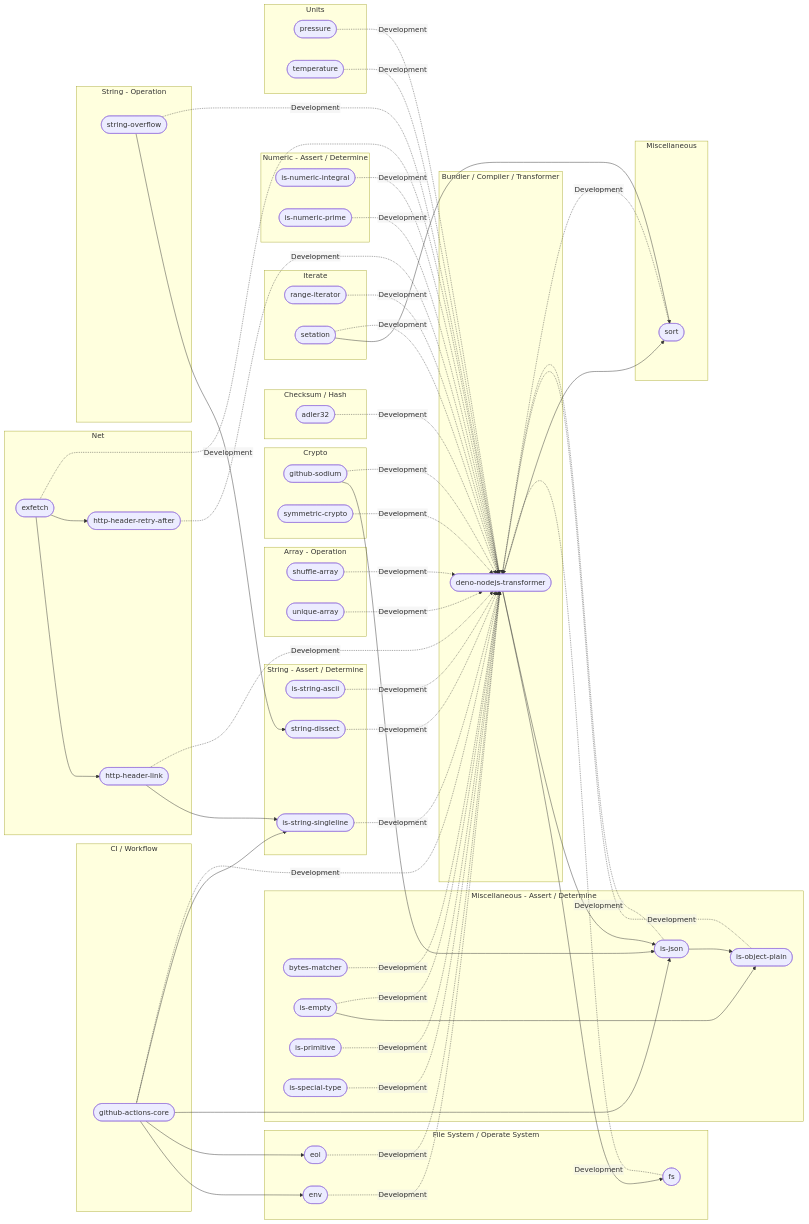
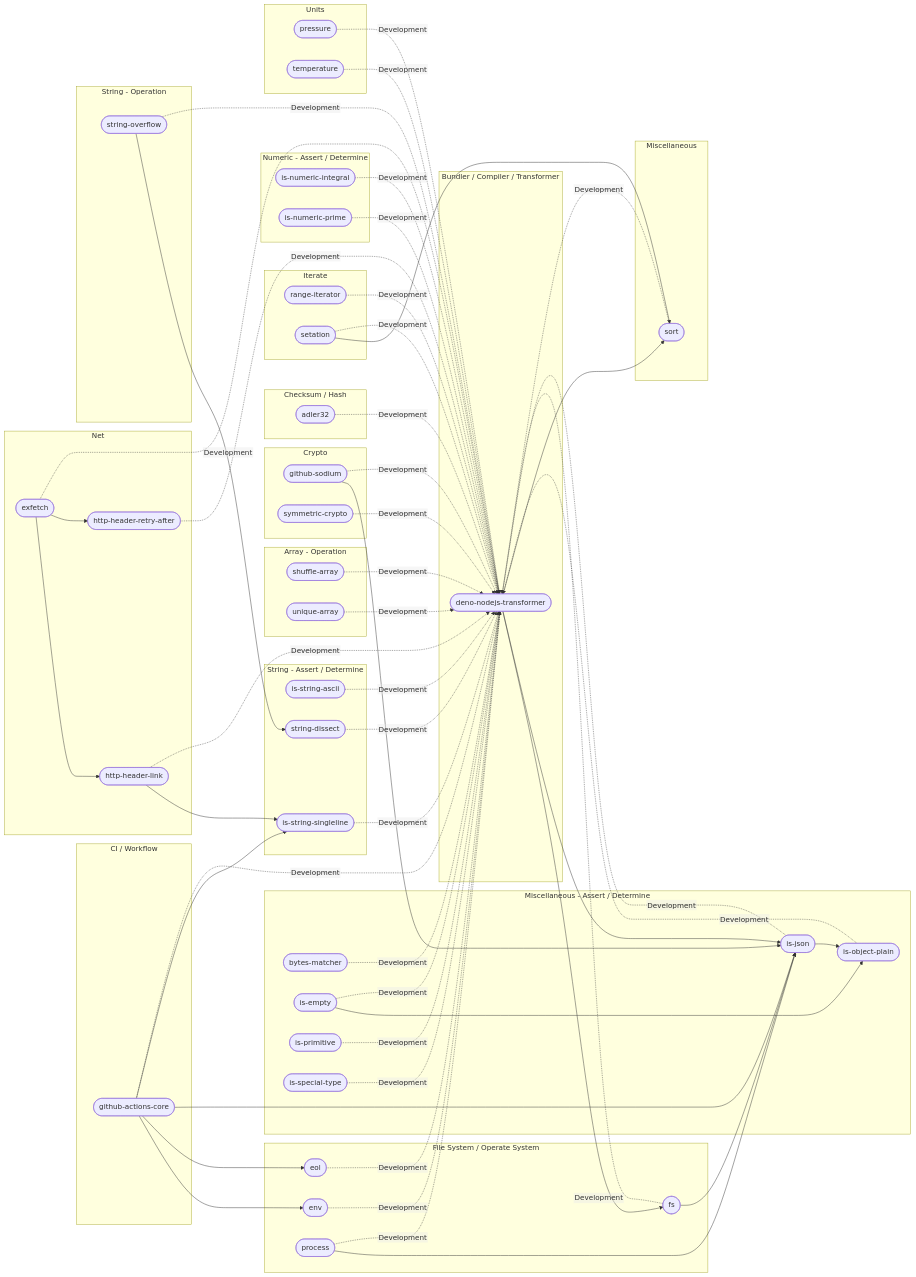
The diagram in assets/es-dependencies-graph.md (hugoalh/hugoalh), drawn with Mermaid before and after one commit. The commit also changed other lines of this file, not shown here.

Commit message:
Update ES dependencies graph

```diff
--- a/assets/es-dependencies-graph.md
+++ b/assets/es-dependencies-graph.md
@@ -61,6 +61,7 @@
     env(["env"])
     eol(["eol"])
     fs(["fs"])
+    process(["process"])
   end
 
   subgraph GRAPH_String_Assert ["String - Assert / Determine"]
@@ -87,6 +88,7 @@
   deno-nodejs-transformer --> sort
   exfetch --> http-header-link
   exfetch --> http-header-retry-after
+  fs --> is-json
   github-actions-core --> env
   github-actions-core --> eol
   github-actions-core --> is-json
@@ -96,6 +98,7 @@
   http-header-retry-after
   is-empty --> is-object-plain
   is-json --> is-object-plain
+  process --> is-json
   setation --> sort
   string-overflow --> string-dissect
 
@@ -119,6 +122,7 @@
   is-string-ascii -. Development .-> deno-nodejs-transformer
   is-string-singleline -. Development .-> deno-nodejs-transformer
   pressure -. Development .-> deno-nodejs-transformer
+  process -. Development .-> deno-nodejs-transformer
   range-iterator -. Development .-> deno-nodejs-transformer
   setation -. Development .-> deno-nodejs-transformer
   shuffle-array -. Development .-> deno-nodejs-transformer
```
